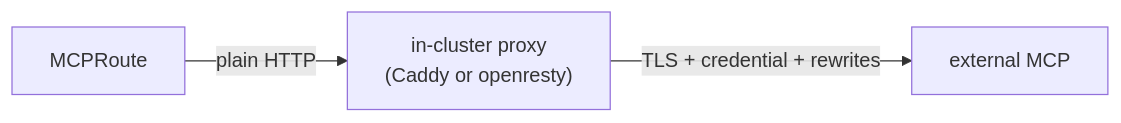
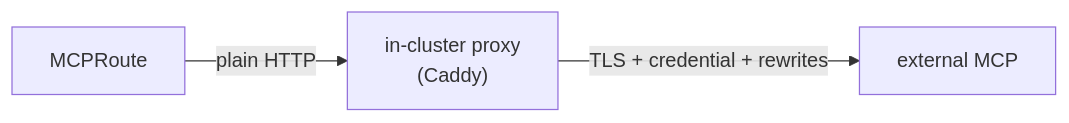
Before and after one commit to ADORSYS-GIS/ai-helm: the fourth of 4 diagrams in docs/architecture/10-mcp.md, drawn with Mermaid. The commit also changed other lines of this file and 10 other files, not shown here.

````diff
--- a/docs/architecture/10-mcp.md
+++ b/docs/architecture/10-mcp.md
@@ -102,5 +102,5 @@
 ```mermaid
 flowchart LR
-    MCPR["MCPRoute"] -->|plain HTTP| PROXY["in-cluster proxy<br/>(Caddy or openresty)"]
+    MCPR["MCPRoute"] -->|plain HTTP| PROXY["in-cluster proxy<br/>(Caddy)"]
     PROXY -->|"TLS + credential + rewrites"| UP["external MCP"]
 ```
````
